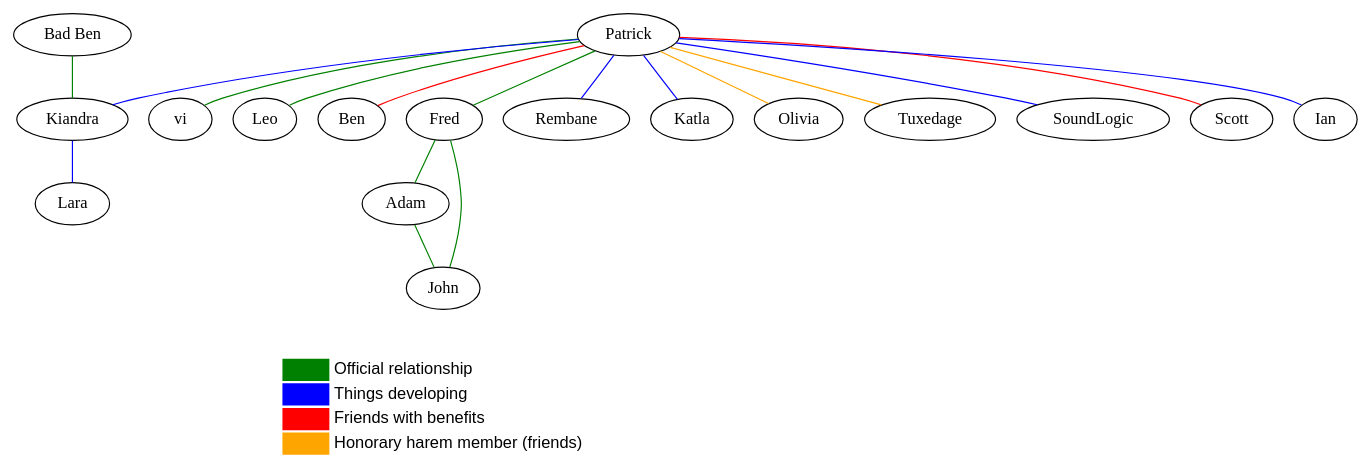
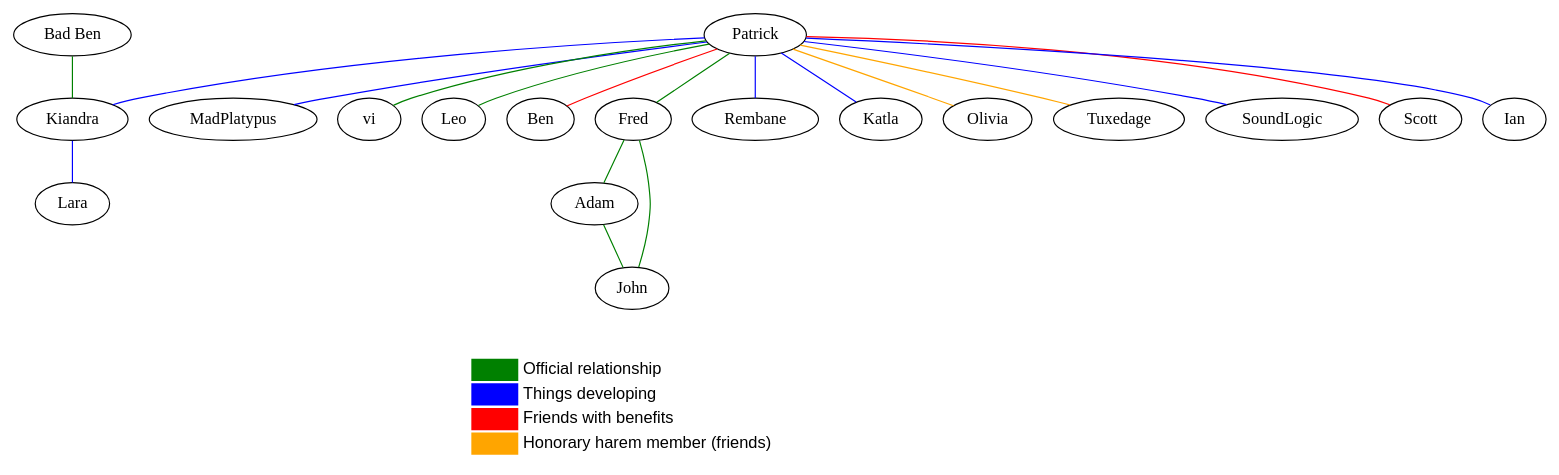
Before and after one commit to Cradam/polygraph: the diagram in share/harem.dot, drawn with Graphviz.

Commit message:
ADD: New relationship

```diff
--- a/share/harem.dot
+++ b/share/harem.dot
@@ -1,58 +1,60 @@
 graph harem {
+  platypus [label="MadPlatypus"]
+  patrick -- platypus [color=blue]
   patrick [label="Patrick"]
   vi [label="vi"]
   patrick -- vi [color=green]
   leo [label="Leo"]
   patrick -- leo [color=green]
   ben [label="Ben"]
   patrick -- ben [color=red]
   kiandra [label="Kiandra"]
   patrick -- kiandra [color=blue]
   lara [label="Lara"]
   kiandra -- lara [color=blue]
   badben [label="Bad Ben"]
   badben -- kiandra [color=green]
   fred [label="Fred"]
   patrick -- fred [color=green]
   adam [label="Adam"]
   john [label="John"]
   fred -- john [color=green]
   fred -- adam  [color=green]
   adam -- john [color=green]
   rembane [label="Rembane"]
   patrick -- rembane [color=blue]
   katla [label="Katla"]
   patrick -- katla [color=blue]
   olivia [label="Olivia"]
   patrick -- olivia [color=orange]
   tuxedage [label="Tuxedage"]
   patrick -- tuxedage [color=orange]
   soundlogic [label="SoundLogic"]
   patrick -- soundlogic [color=blue]
   scott [label="Scott"]
   patrick -- scott [color=red]
   ian [label="Ian"]
   patrick -- ian [color=blue]
   { rank = sink;
     Legend [shape=none, label=<
       <table border="0">
         <tr>
           <td width="40px" bgcolor="green"></td>
           <td align="left"><font face="sans-serif">Official relationship</font></td>
         </tr>
         <tr>
           <td width="40px" bgcolor="blue"></td>
           <td align="left"><font face="sans-serif">Things developing</font></td>
         </tr>
         <tr>
           <td width="40px" bgcolor="red"></td>
           <td align="left"><font face="sans-serif">Friends with benefits</font></td>
         </tr>
         <tr>
           <td width="40px" bgcolor="orange"></td>
           <td align="left"><font face="sans-serif">Honorary harem member (friends)</font></td>
         </tr>
       </table>
     >];
   }
 }
```
